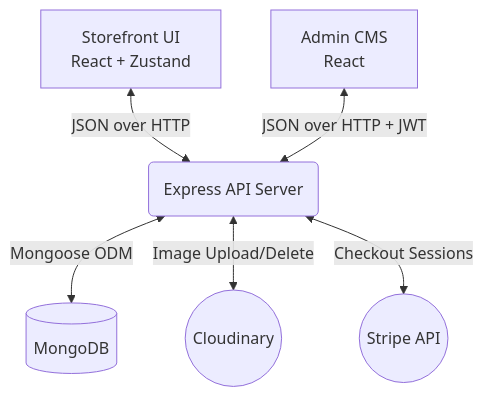
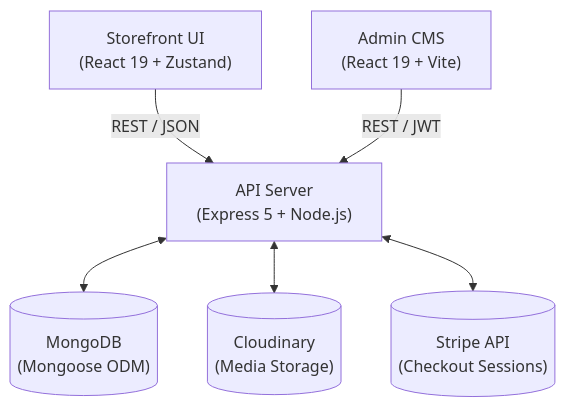
Before and after one commit to SILLY-CODEER5/E-Commerce: the diagram in README.md, drawn with Mermaid. The commit also changed other lines of this file, not shown here.

````diff
--- a/README.md
+++ b/README.md
@@ -31,9 +32,9 @@
 ```mermaid
 graph TD
-    Client[Storefront UI <br> React + Zustand] <-->|JSON over HTTP| API(Express API Server)
-    Admin[Admin CMS <br> React] <-->|JSON over HTTP + JWT| API
+    Client["Storefront UI<br>(React 19 + Zustand)"] -->|REST / JSON| API["API Server<br>(Express 5 + Node.js)"]
+    Admin["Admin CMS<br>(React 19 + Vite)"] -->|REST / JWT| API
     
-    API <-->|Mongoose ODM| DB[(MongoDB)]
-    API <-->|Image Upload/Delete| Cloudinary((Cloudinary))
-    API <-->|Checkout Sessions| Stripe((Stripe API))
+    API <--> DB[("MongoDB<br>(Mongoose ODM)")]
+    API <--> Cloudinary[("Cloudinary<br>(Media Storage)")]
+    API <--> Stripe[("Stripe API<br>(Checkout Sessions)")]
 ```
````
